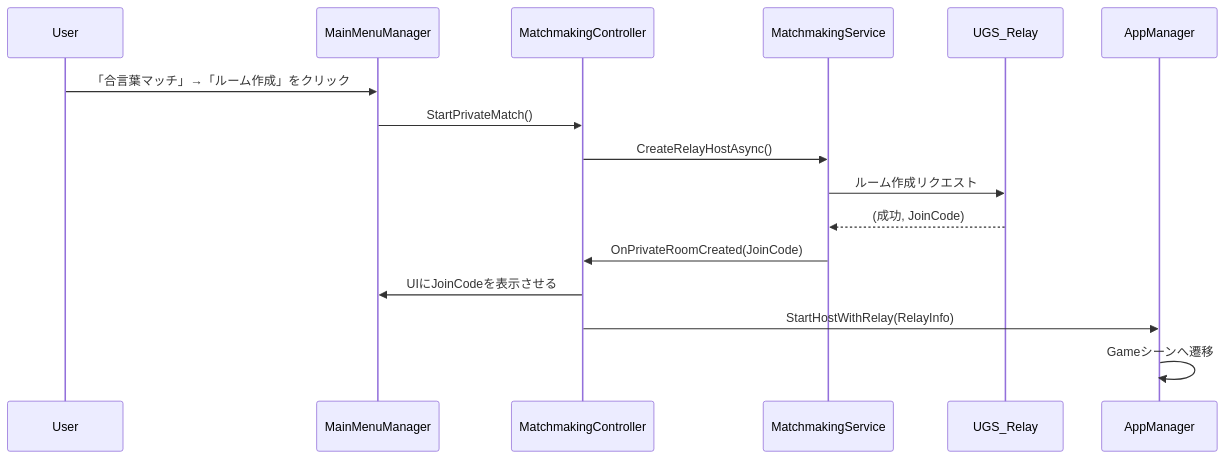
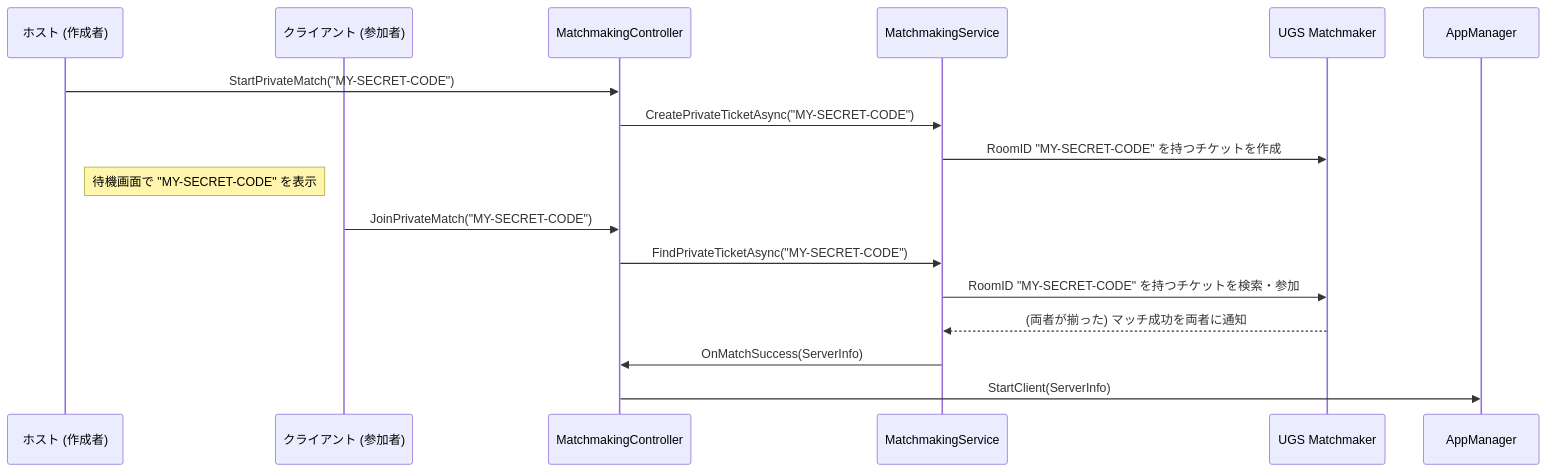
Before and after one commit to C4P3/TypingSurvivor: the third of 3 diagrams in Assets/_Project/Features/Core/Matchmaking/Matchmaking-Design.md, drawn with Mermaid. The commit also changed other lines of this file and 4 other files, not shown here.

````diff
--- a/Assets/_Project/Features/Core/Matchmaking/Matchmaking-Design.md
+++ b/Assets/_Project/Features/Core/Matchmaking/Matchmaking-Design.md
@@ -126,22 +128,21 @@
 ```mermaid
 sequenceDiagram
-    participant User
-    participant MainMenuManager
-    participant MatchmakingController
-    participant MatchmakingService
-    participant UGS_Relay
-    participant AppManager
+    participant Host as ホスト (作成者)
+    participant Client as クライアント (参加者)
+    participant Controller as MatchmakingController
+    participant Service as MatchmakingService
+    participant UGS as UGS Matchmaker
 
-    User->>MainMenuManager: 「合言葉マッチ」→「ルーム作成」をクリック
-    MainMenuManager->>MatchmakingController: StartPrivateMatch()
+    Host->>Controller: StartPrivateMatch("MY-SECRET-CODE")
+    Controller->>Service: CreatePrivateTicketAsync("MY-SECRET-CODE")
+    Service->>UGS: RoomID "MY-SECRET-CODE" を持つチケットを作成
+    note right of Host: 待機画面で "MY-SECRET-CODE" を表示
+
+    Client->>Controller: JoinPrivateMatch("MY-SECRET-CODE")
+    Controller->>Service: FindPrivateTicketAsync("MY-SECRET-CODE")
+    Service->>UGS: RoomID "MY-SECRET-CODE" を持つチケットを検索・参加
     
-    MatchmakingController->>MatchmakingService: CreateRelayHostAsync()
-    MatchmakingService->>UGS_Relay: ルーム作成リクエスト
-    UGS_Relay-->>MatchmakingService: (成功, JoinCode)
-    
-    MatchmakingService->>MatchmakingController: OnPrivateRoomCreated(JoinCode)
-    MatchmakingController->>MainMenuManager: UIにJoinCodeを表示させる
-    
-    MatchmakingController->>AppManager: StartHostWithRelay(RelayInfo)
-    AppManager->>AppManager: Gameシーンへ遷移
+    UGS-->>Service: (両者が揃った) マッチ成功を両者に通知
+    Service->>Controller: OnMatchSuccess(ServerInfo)
+    Controller->>AppManager: StartClient(ServerInfo)
 ```
````
